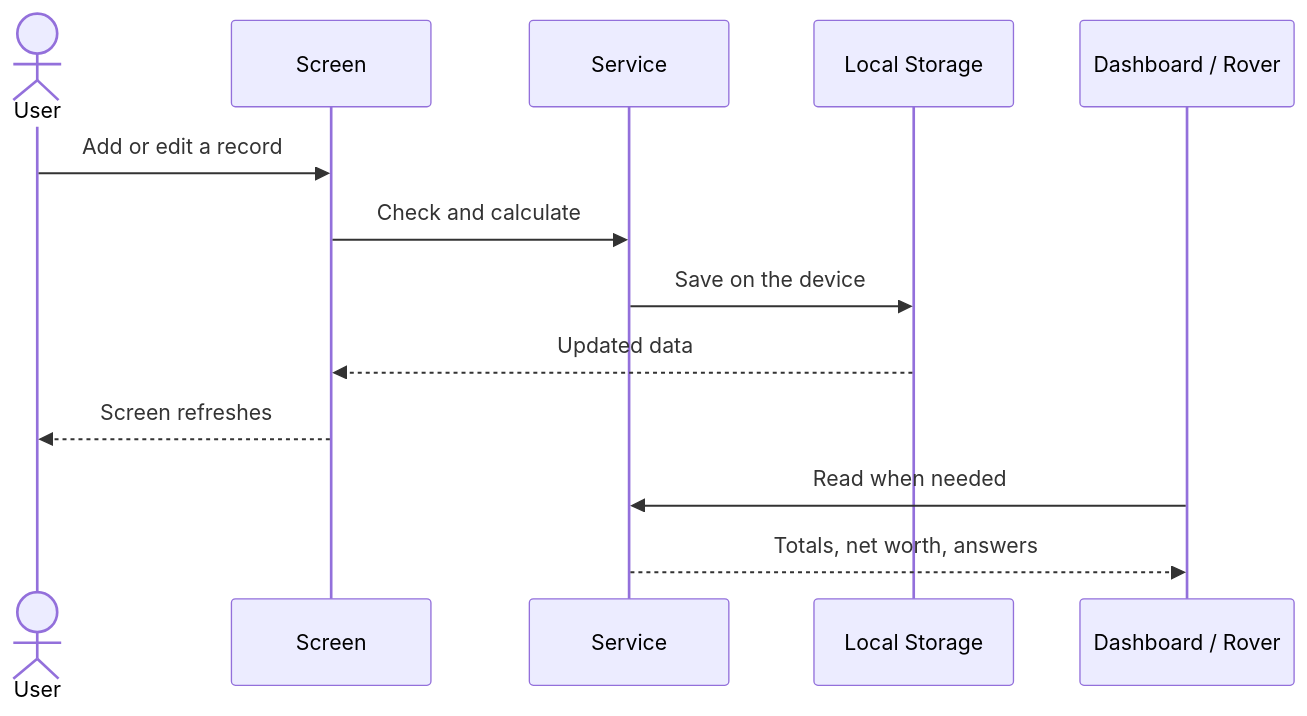
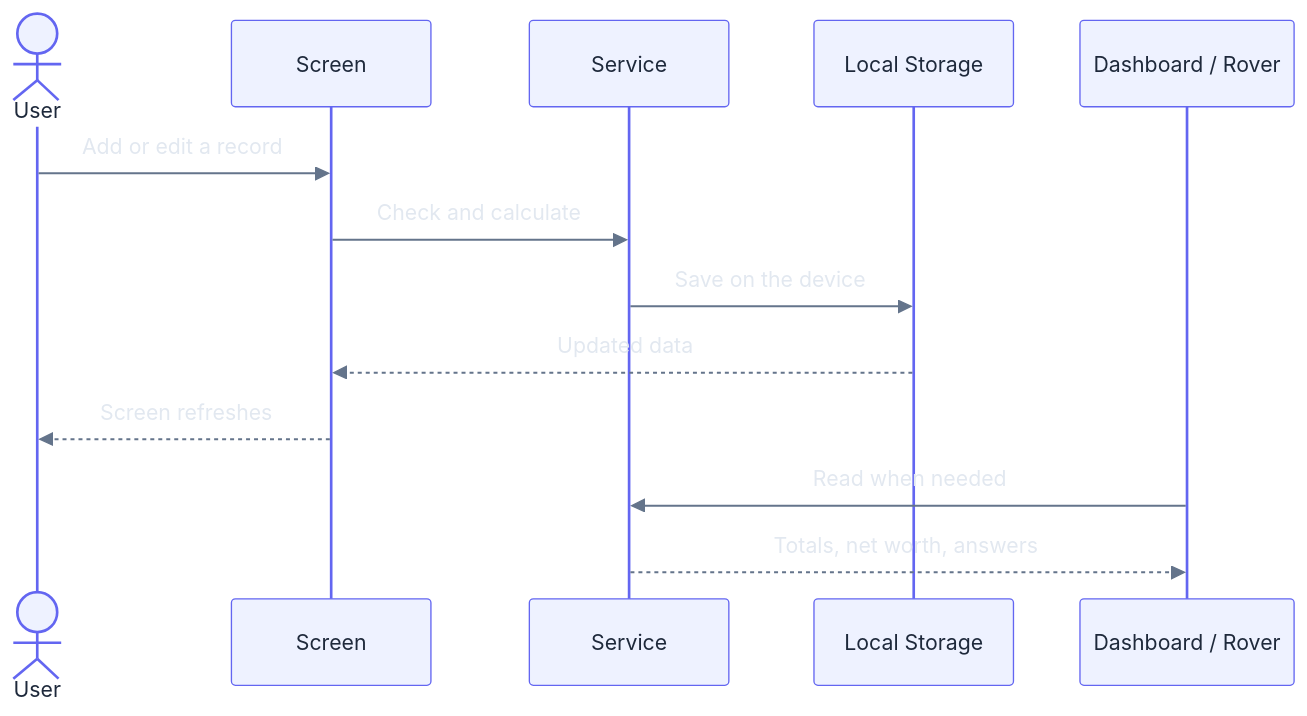
One commit to microintel/blackroad-v2 changed the third of 5 diagrams in README.md. Above: the diagram before and after it, drawn with Mermaid. The commit also changed other lines of this file, not shown here.

````diff
--- a/README.md
+++ b/README.md
@@ -165,16 +212,17 @@
 ```mermaid
+%%{init: {"theme":"base","themeVariables":{"fontSize":"16px","primaryColor":"#EEF2FF","primaryTextColor":"#1E293B","primaryBorderColor":"#6366F1","lineColor":"#64748B","secondaryColor":"#F1F5F9","tertiaryColor":"#F8FAFC","clusterBkg":"#F8FAFC","clusterBorder":"#94A3B8","edgeLabelBackground":"#FFFFFF","noteBkgColor":"#FEF3C7","noteTextColor":"#1E293B","actorBkg":"#EEF2FF","actorBorder":"#6366F1","actorTextColor":"#1E293B","signalColor":"#64748B","signalTextColor":"#E2E8F0"},"flowchart":{"padding":18,"nodeSpacing":35,"rankSpacing":45,"curve":"basis"}}}%%
 sequenceDiagram
     actor U as User
     participant UI as Screen
     participant S as Service
     participant DB as Local Storage
     participant R as Dashboard / Rover
 
     U->>UI: Add or edit a record
     UI->>S: Check and calculate
     S->>DB: Save on the device
     DB-->>UI: Updated data
     UI-->>U: Screen refreshes
     R->>S: Read when needed
     S-->>R: Totals, net worth, answers
 ```
````
